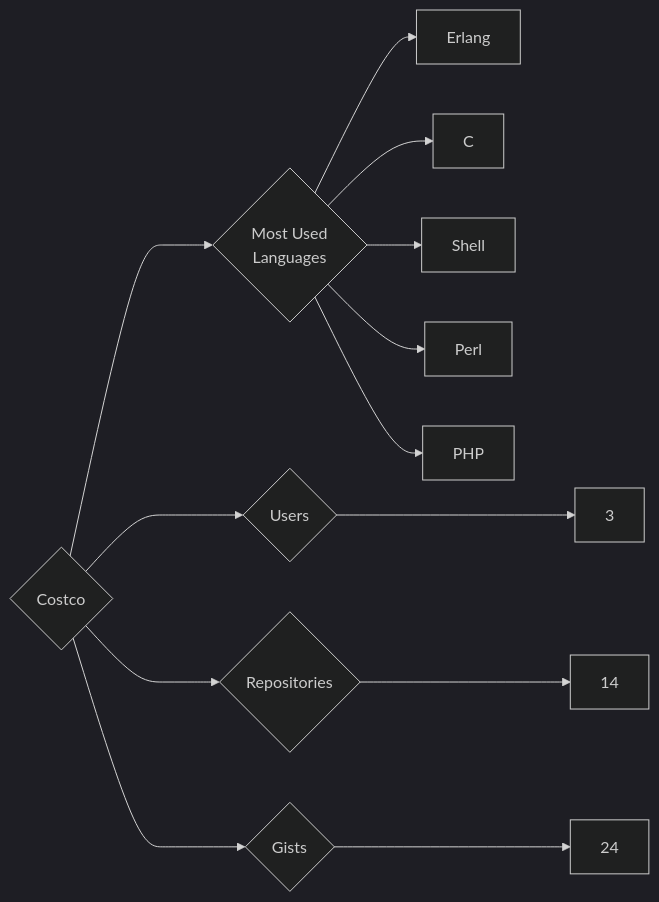
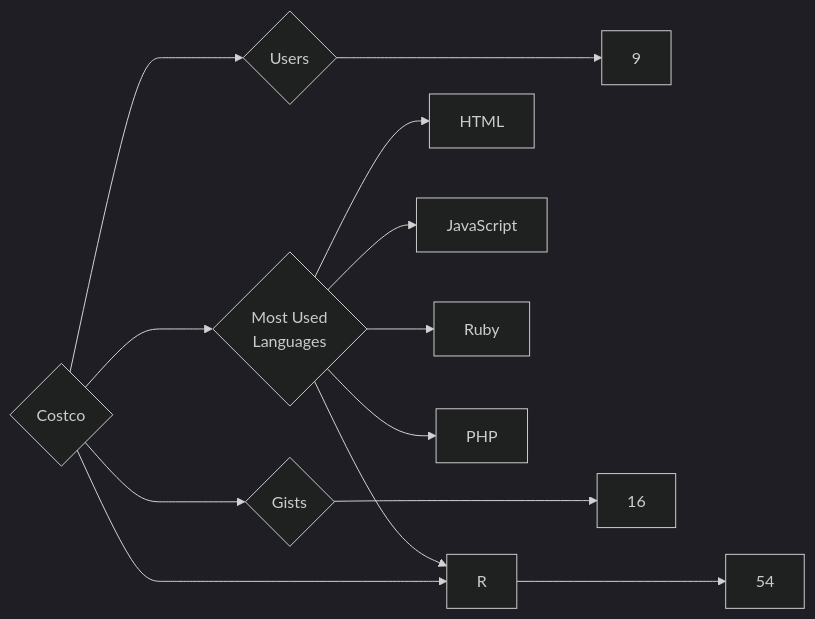
One commit to trickest/insiders changed the diagram in targets/Costco/README.md. Above: the diagram before and after it, drawn with Mermaid (dark theme). The commit also changed 1020 other files, not shown here.

````diff
--- a/targets/Costco/README.md
+++ b/targets/Costco/README.md
@@ -3,13 +3,13 @@
 ```mermaid
 graph LR
 COMPANY_NAME{Costco}
-COMPANY_NAME ---> U{Users} ---> UN[3]
-COMPANY_NAME ---> R{Repositories} ---> RN[14]
-COMPANY_NAME ---> G{Gists} ---> GN[24]
+COMPANY_NAME ---> U{Users} ---> UN[9]
+COMPANY_NAME ---> R{Repositories} ---> RN[54]
+COMPANY_NAME ---> G{Gists} ---> GN[16]
 COMPANY_NAME ---> ML{Most Used<br>Languages}
-ML --> Erlang[Erlang]
-ML --> C[C]
-ML --> Shell[Shell]
-ML --> Perl[Perl]
+ML --> HTML[HTML]
+ML --> JavaScript[JavaScript]
+ML --> Ruby[Ruby]
+ML --> R[R]
 ML --> PHP[PHP]
 ```
````
